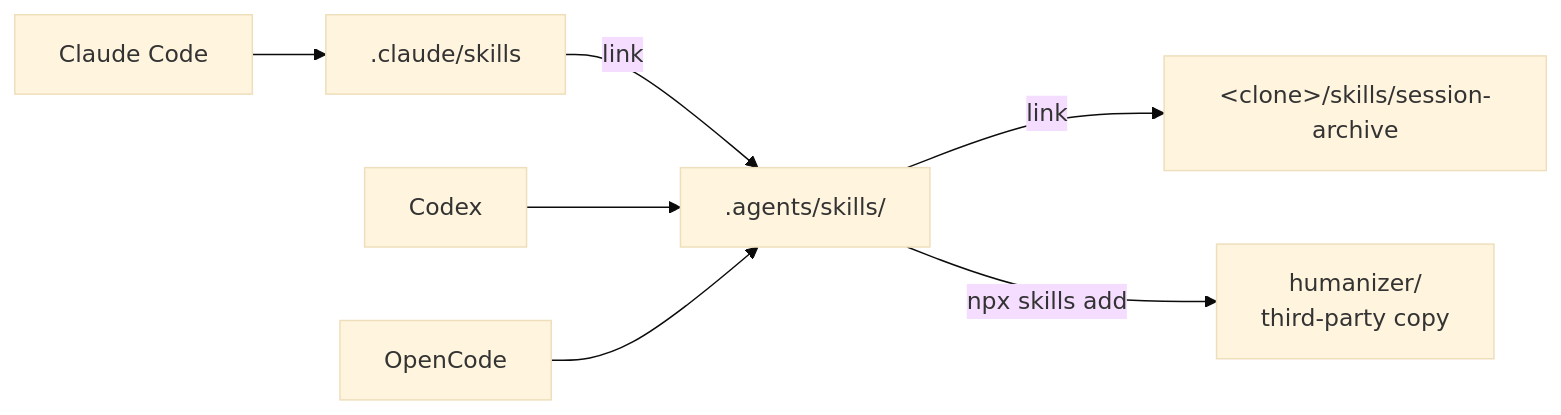
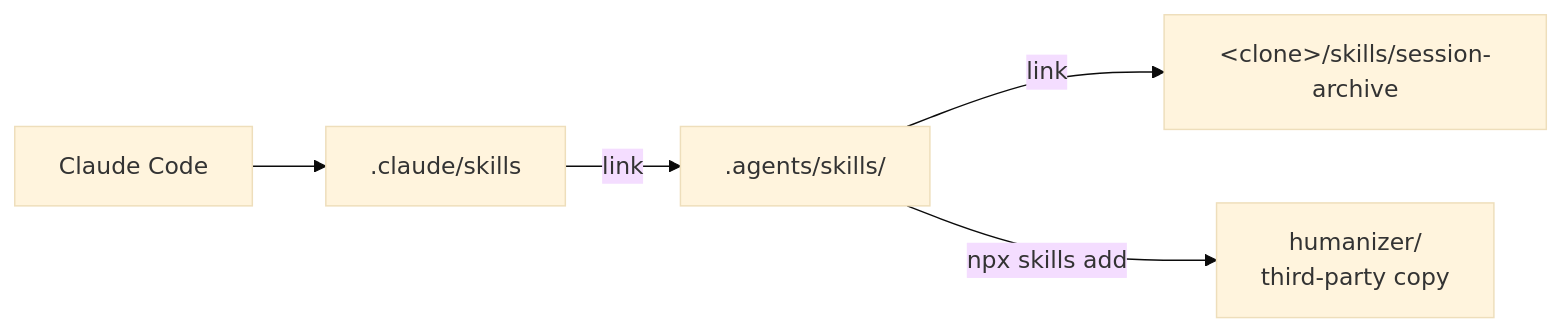
One commit to dotagents-org/dotagents-core changed the second of 4 diagrams in README.md. Above: the diagram before and after it, drawn with Mermaid (base theme). The commit also changed other lines of this file and 13 other files, not shown here.

````diff
--- a/README.md
+++ b/README.md
@@ -60,9 +58,7 @@
 ```mermaid
 flowchart LR
     cc["Claude Code"] --> cskills[".claude/skills"]
     cskills -- "link" --> askills[".agents/skills/"]
-    cx["Codex"] --> askills
-    oc["OpenCode"] --> askills
     askills -- "link" --> own["&lt;clone&gt;/skills/session-archive"]
     askills -- "npx skills add" --> third["humanizer/<br/>third-party copy"]
 ```
````
